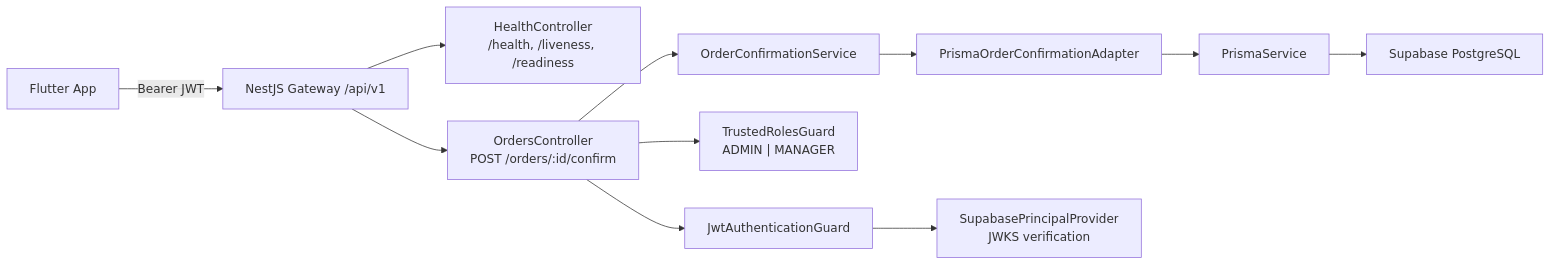
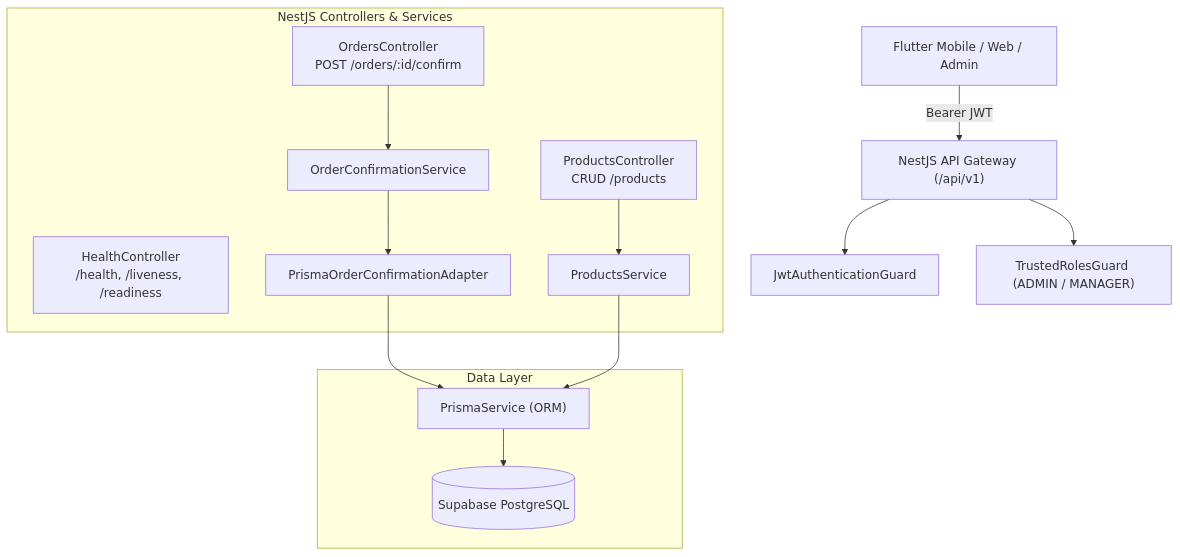
The diagram in docs/BACKEND_PROGRESS_REPORT.md (nhon2511/InventoryAssistant), drawn with Mermaid before and after one commit. The commit also changed other lines of this file and 9 other files, not shown here.

First line of the commit message:
Add authenticated products CRUD API

````diff
--- a/docs/BACKEND_PROGRESS_REPORT.md
+++ b/docs/BACKEND_PROGRESS_REPORT.md
@@ -99,13 +83,29 @@
 ```mermaid
-flowchart LR
-    FE["Flutter App"] -->|"Bearer JWT"| GW["NestJS Gateway /api/v1"]
-    GW --> HC["HealthController\n/health, /liveness, /readiness"]
-    GW --> OC["OrdersController\nPOST /orders/:id/confirm"]
-    OC --> AG["JwtAuthenticationGuard"]
-    OC --> RG["TrustedRolesGuard\nADMIN | MANAGER"]
-    OC --> OCS["OrderConfirmationService"]
-    OCS --> POCA["PrismaOrderConfirmationAdapter"]
-    POCA --> PS["PrismaService"]
-    PS --> DB["Supabase PostgreSQL"]
-    AG --> SPP["SupabasePrincipalProvider\nJWKS verification"]
+flowchart TD
+    Client["Flutter Mobile / Web / Admin"] -->|"Bearer JWT"| Gateway["NestJS API Gateway (/api/v1)"]
+    Gateway --> AuthGuard["JwtAuthenticationGuard"]
+    Gateway --> RoleGuard["TrustedRolesGuard (ADMIN / MANAGER)"]
+    
+    subgraph Modules ["NestJS Controllers & Services"]
+        HC["HealthController\n/health, /liveness, /readiness"]
+        OC["OrdersController\nPOST /orders/:id/confirm"]
+        PC["ProductsController\nCRUD /products"]
+        
+        OCS["OrderConfirmationService"]
+        PS["ProductsService"]
+        POCA["PrismaOrderConfirmationAdapter"]
+    end
+    
+    OC --> OCS
+    OCS --> POCA
+    PC --> PS
+    
+    subgraph Data ["Data Layer"]
+        Prisma["PrismaService (ORM)"]
+        DB[(Supabase PostgreSQL)]
+    end
+    
+    POCA --> Prisma
+    PS --> Prisma
+    Prisma --> DB
 ```
````
